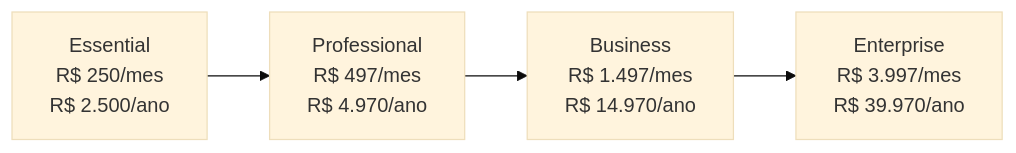
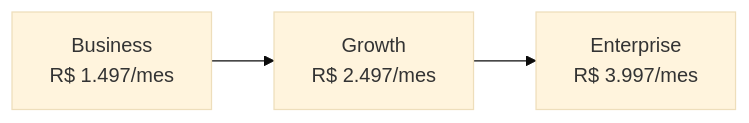
The second of 4 diagrams in pricing.md (BooPixel/boopixel-strategy), drawn with Mermaid (base theme) before and after one commit. The commit also changed other lines of this file, not shown here.

Commit message:
📄 DOC: add Advanced and Growth plans — 3 per category

````diff
--- a/pricing.md
+++ b/pricing.md
@@ -34,6 +80,5 @@
 ```mermaid
 graph LR
-    A[Essential<br>R$ 250/mes<br>R$ 2.500/ano] --> B[Professional<br>R$ 497/mes<br>R$ 4.970/ano]
-    B --> C[Business<br>R$ 1.497/mes<br>R$ 14.970/ano]
-    C --> D[Enterprise<br>R$ 3.997/mes<br>R$ 39.970/ano]
+    D[Business<br>R$ 1.497/mes] --> E[Growth<br>R$ 2.497/mes]
+    E --> F[Enterprise<br>R$ 3.997/mes]
 ```
````
